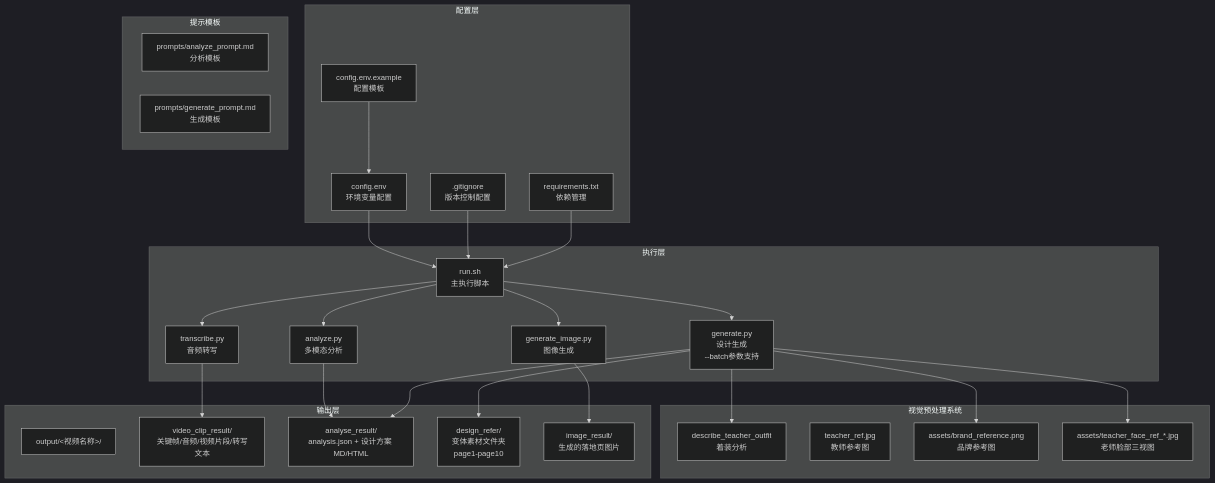
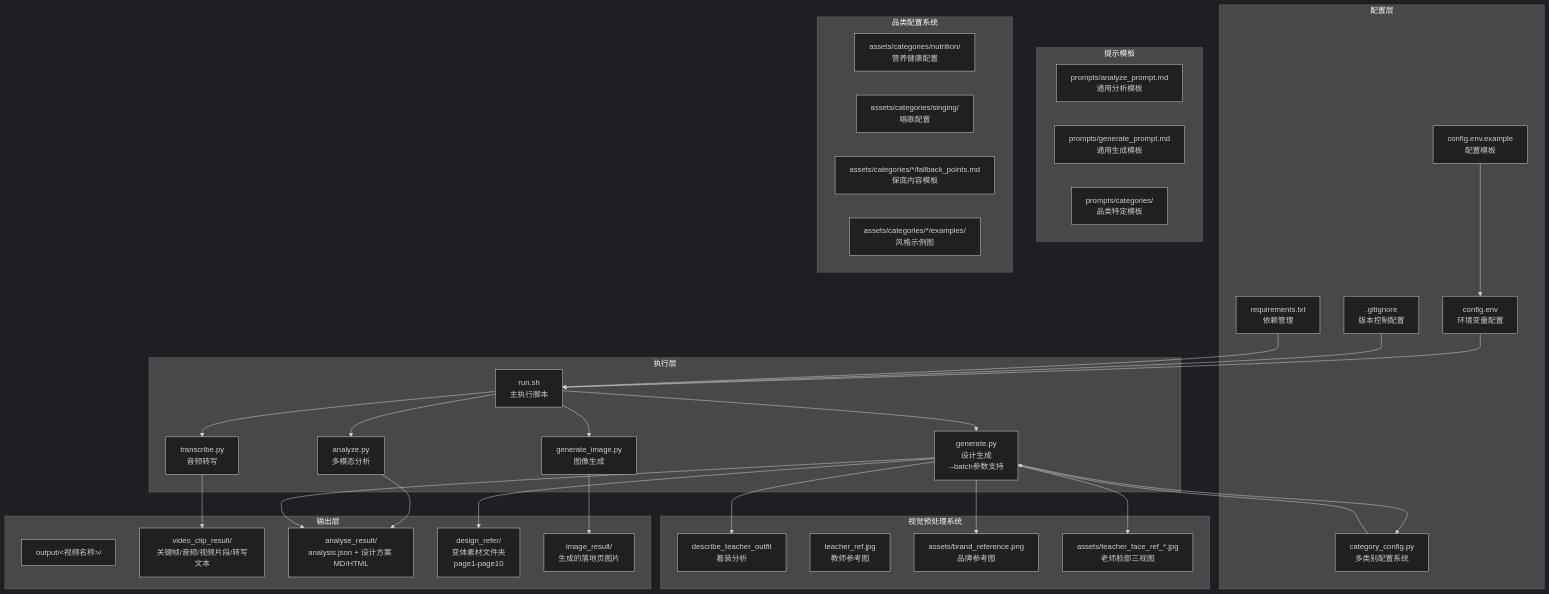
The first of 23 diagrams in .qoder/repowiki/zh/content/配置和定制/配置和定制.md (WongMingJiu/landingpage-test-hero-page), drawn with Mermaid (dark theme) before and after one commit. The commit also changed other lines of this file and 6 other files, not shown here.

````diff
--- a/.qoder/repowiki/zh/content/配置和定制/配置和定制.md
+++ b/.qoder/repowiki/zh/content/配置和定制/配置和定制.md
@@ -55,49 +67,59 @@
 ```mermaid
 graph TB
 subgraph "配置层"
 ConfigEnv[config.env<br/>环境变量配置]
 ConfigExample[config.env.example<br/>配置模板]
+CategoryConfig[category_config.py<br/>多类别配置系统]
 GitIgnore[.gitignore<br/>版本控制配置]
 Requirements[requirements.txt<br/>依赖管理]
 end
 subgraph "执行层"
 RunScript[run.sh<br/>主执行脚本]
 Transcribe[transcribe.py<br/>音频转写]
 Analyze[analyze.py<br/>多模态分析]
 Generate[generate.py<br/>设计生成<br/>--batch参数支持]
 GenerateImage[generate_image.py<br/>图像生成]
 end
 subgraph "提示模板"
-AnalyzePrompt[prompts/analyze_prompt.md<br/>分析模板]
-GeneratePrompt[prompts/generate_prompt.md<br/>生成模板]
+AnalyzePrompt[prompts/analyze_prompt.md<br/>通用分析模板]
+GeneratePrompt[prompts/generate_prompt.md<br/>通用生成模板]
+CategoryPrompt[prompts/categories/<br/>品类特定模板]
+end
+subgraph "品类配置系统"
+NutritionConfig[assets/categories/nutrition/<br/>营养健康配置]
+SingingConfig[assets/categories/singing/<br/>唱歌配置]
+FallbackPoints[assets/categories/*/fallback_points.md<br/>保底内容模板]
+Examples[assets/categories/*/examples/<br/>风格示例图]
 end
 subgraph "视觉预处理系统"
 VisualPreprocess[describe_teacher_outfit<br/>着装分析]
 TeacherRef[teacher_ref.jpg<br/>教师参考图]
 BrandRef[assets/brand_reference.png<br/>品牌参考图]
 TeacherFaceRef[assets/teacher_face_ref_*.jpg<br/>老师脸部三视图]
 end
 subgraph "输出层"
 OutputDir[output/<视频名称>/]
 VideoClip[video_clip_result/<br/>关键帧/音频/视频片段/转写文本]
 AnalyseResult[analyse_result/<br/>analysis.json + 设计方案 MD/HTML]
 DesignRefer[design_refer/<br/>变体素材文件夹<br/>page1-page10]
 ImageResult[image_result/<br/>生成的落地页图片]
 end
 ConfigEnv --> RunScript
 ConfigExample --> ConfigEnv
+CategoryConfig --> Generate
 GitIgnore --> RunScript
 Requirements --> RunScript
 RunScript --> Transcribe
 RunScript --> Analyze
 RunScript --> Generate
 RunScript --> GenerateImage
 Transcribe --> VideoClip
 Analyze --> AnalyseResult
 Generate --> AnalyseResult
 Generate --> DesignRefer
 Generate --> VisualPreprocess
 Generate --> BrandRef
 Generate --> TeacherFaceRef
+Generate --> CategoryConfig
 GenerateImage --> ImageResult
 ```
````
